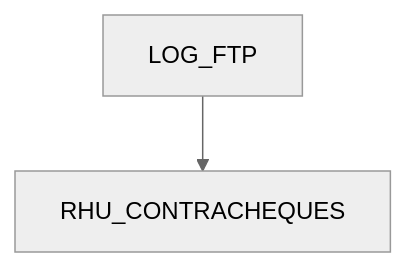
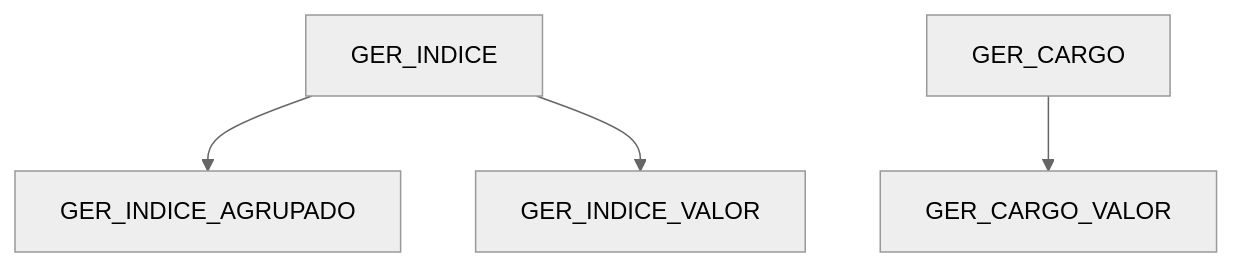
Before and after one commit to PedroDeveloper/adsd: the second of 15 diagrams in BDFolhaBA.md, drawn with Mermaid. The commit also changed other lines of this file, not shown here.

````diff
--- a/BDFolhaBA.md
+++ b/BDFolhaBA.md
@@ -55,9 +52,17 @@
 ```mermaid
 graph TB
 %%{ init: { 'theme': 'neutral', 'flowchart': { 'useMaxWidth': false, 'curve': 'basis' }}}%%
-	RHU_CONTRACHEQUES["RHU_CONTRACHEQUES"]
+	GER_INDICE_VALOR["GER_INDICE_VALOR"]
 
-	LOG_FTP["LOG_FTP"]
+	GER_INDICE_AGRUPADO["GER_INDICE_AGRUPADO"]
 
-	LOG_FTP --> RHU_CONTRACHEQUES
+	GER_INDICE["GER_INDICE"]
+
+	GER_CARGO_VALOR["GER_CARGO_VALOR"]
+
+	GER_CARGO["GER_CARGO"]
+
+	GER_INDICE --> GER_INDICE_AGRUPADO
+	GER_INDICE --> GER_INDICE_VALOR
+	GER_CARGO --> GER_CARGO_VALOR
 ```
````
